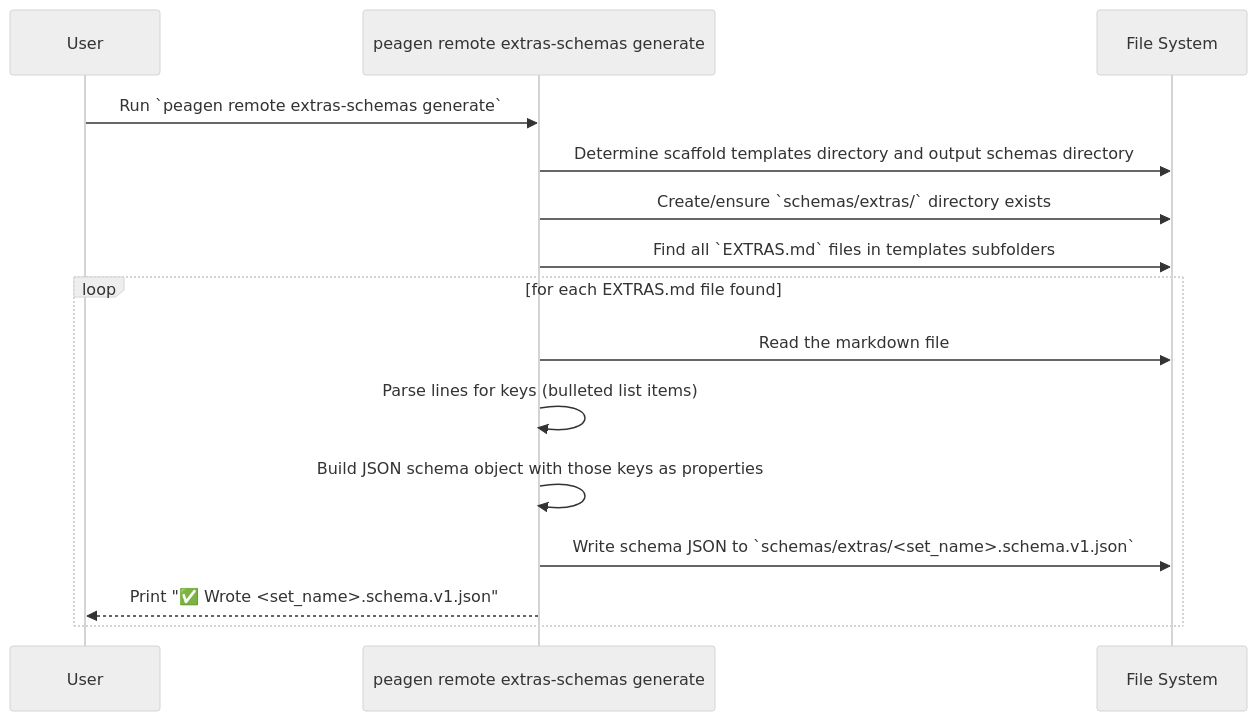
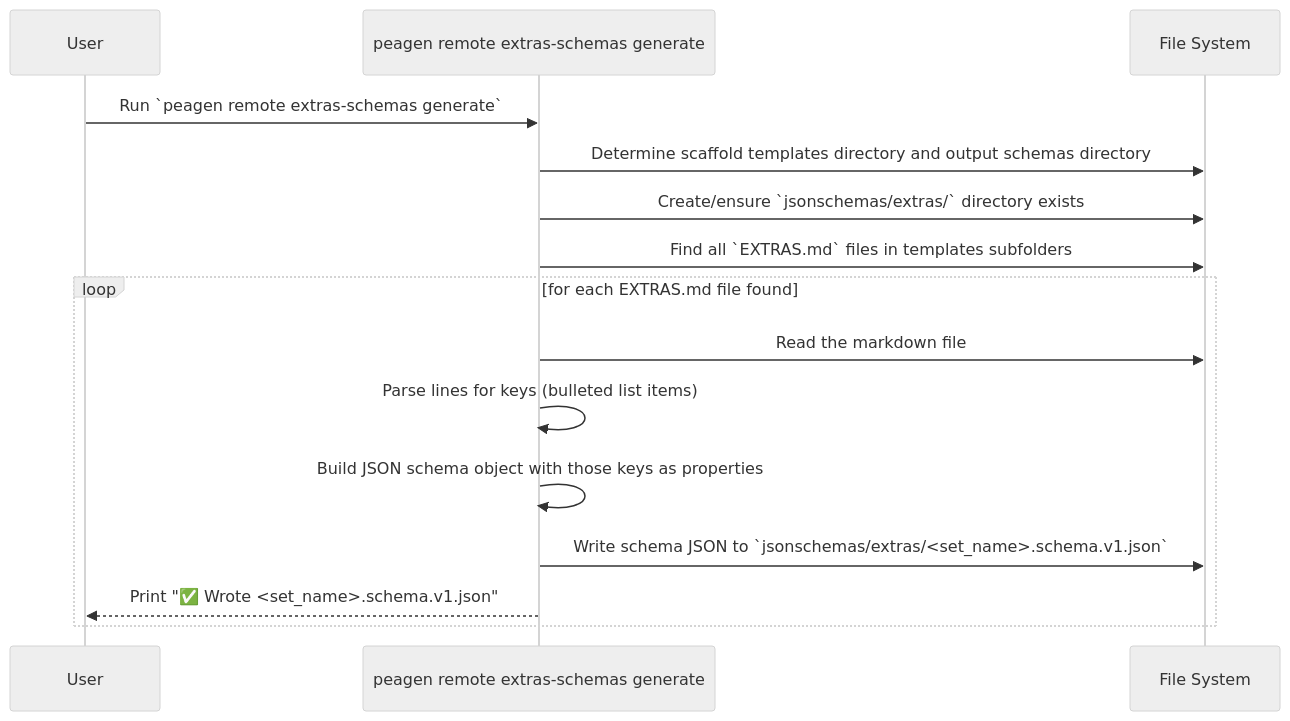
The diagram in pkgs/standards/peagen/docs/call_flows/peagen_extra-schemas_generate_remote.mmd (swarmauri/swarmauri-sdk), drawn with Mermaid (neutral theme) before and after one commit. The commit also changed 39 other files, not shown here.

Commit message:
feat(peagen): move schemas to jsonschemas

```diff
--- a/pkgs/standards/peagen/docs/call_flows/peagen_extra-schemas_generate_remote.mmd
+++ b/pkgs/standards/peagen/docs/call_flows/peagen_extra-schemas_generate_remote.mmd
@@ -1,15 +1,15 @@
 sequenceDiagram
     participant User
     participant CLI as peagen remote extras-schemas generate
     participant FS as File System
     User ->> CLI: Run `peagen remote extras-schemas generate`
     CLI ->> FS: Determine scaffold templates directory and output schemas directory
-    CLI ->> FS: Create/ensure `schemas/extras/` directory exists
+    CLI ->> FS: Create/ensure `jsonschemas/extras/` directory exists
     CLI ->> FS: Find all `EXTRAS.md` files in templates subfolders
     loop for each EXTRAS.md file found
         CLI ->> FS: Read the markdown file
         CLI ->> CLI: Parse lines for keys (bulleted list items)
         CLI ->> CLI: Build JSON schema object with those keys as properties
-        CLI ->> FS: Write schema JSON to `schemas/extras/<set_name>.schema.v1.json`
+        CLI ->> FS: Write schema JSON to `jsonschemas/extras/<set_name>.schema.v1.json`
         CLI -->> User: Print "✅ Wrote <set_name>.schema.v1.json"
     end
```
